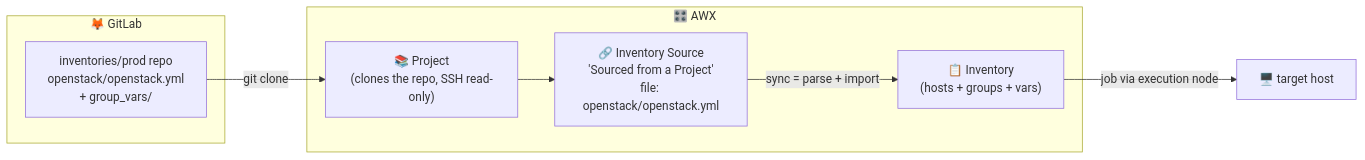
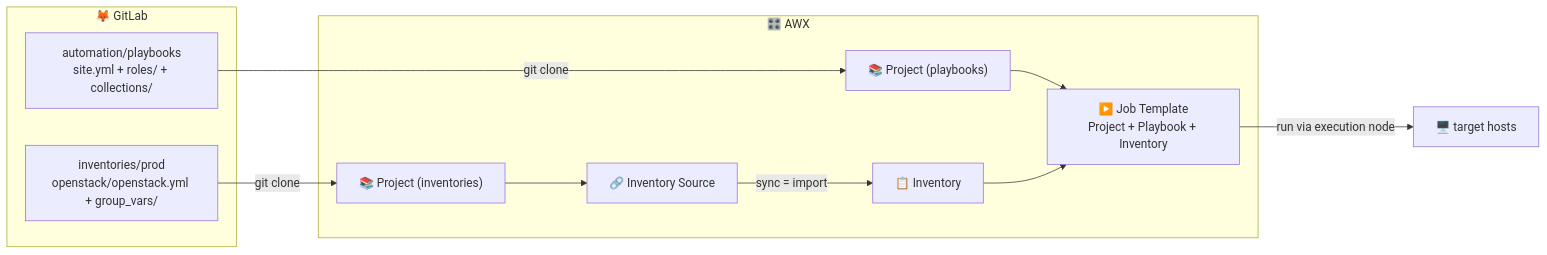
One commit to Artolink/Wiki changed the diagram in content/automation/ansible/awx/awx-gitlab-inventories.md. Above: the diagram before and after it, drawn with Mermaid. The commit also changed other lines of this file and 1 other file, not shown here.

````diff
--- a/content/automation/ansible/awx/awx-gitlab-inventories.md
+++ b/content/automation/ansible/awx/awx-gitlab-inventories.md
@@ -16,16 +16,22 @@
 ```mermaid
 flowchart LR
     subgraph GL["🦊 GitLab"]
-        Repo["inventories/prod repo<br/>openstack/openstack.yml<br/>+ group_vars/"]
+        PB["automation/playbooks<br/>site.yml + roles/ + collections/"]
+        INV["inventories/prod<br/>openstack/openstack.yml + group_vars/"]
     end
     subgraph AWX["🎛️ AWX"]
-        Proj["📚 Project<br/>(clones the repo, SSH read-only)"]
-        Src["🔗 Inventory Source<br/>'Sourced from a Project'<br/>file: openstack/openstack.yml"]
-        Inv["📋 Inventory<br/>(hosts + groups + vars)"]
+        ProjPB["📚 Project (playbooks)"]
+        ProjINV["📚 Project (inventories)"]
+        Src["🔗 Inventory Source"]
+        Inv["📋 Inventory"]
+        JT["▶️ Job Template<br/>Project + Playbook + Inventory"]
     end
-    Target["🖥️ target host"]
-    Repo -- "git clone" --> Proj
-    Proj --> Src
-    Src -- "sync = parse + import" --> Inv
-    Inv -- "job via execution node" --> Target
+    Target["🖥️ target hosts"]
+    PB -- "git clone" --> ProjPB
+    INV -- "git clone" --> ProjINV
+    ProjINV --> Src
+    Src -- "sync = import" --> Inv
+    ProjPB --> JT
+    Inv --> JT
+    JT -- "run via execution node" --> Target
 ```
````
